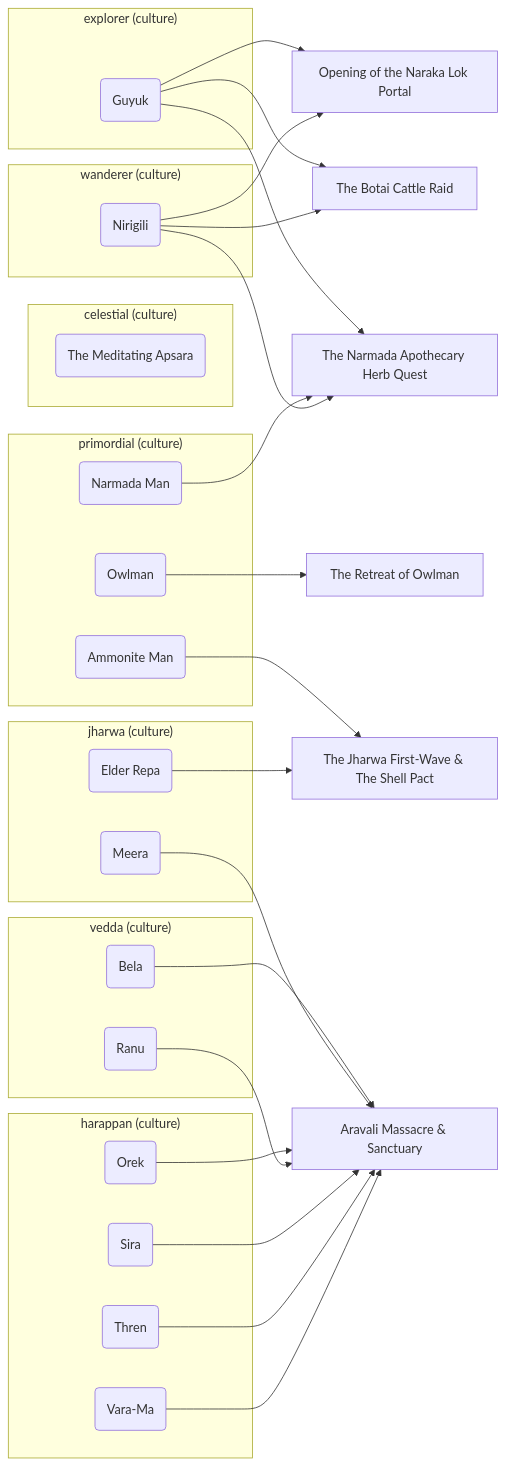
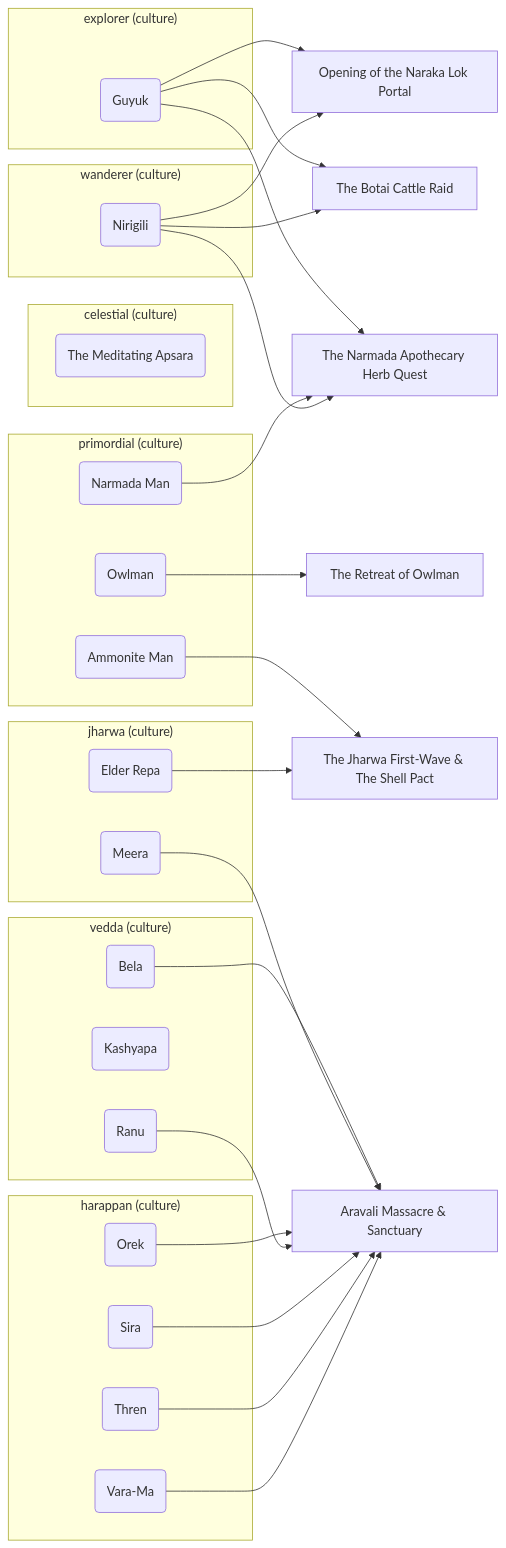
One commit to lordlebu/SouthOfTethys changed the third of 6 diagrams in docs/memory_map.md. Above: the diagram before and after it, drawn with Mermaid. The commit also changed other lines of this file and 141 other files, not shown here.

First line of the commit message:
Chart the Age of Machinery: the pre-Shattering map and its people

````diff
--- a/docs/memory_map.md
+++ b/docs/memory_map.md
@@ -114,54 +114,55 @@
 ```mermaid
 graph LR
   subgraph grp_celestial["celestial (culture)"]
     character_meditating_apsara("The Meditating Apsara")
   end
   subgraph grp_explorer["explorer (culture)"]
     character_guyuk("Guyuk")
   end
   subgraph grp_harappan["harappan (culture)"]
     character_orek("Orek")
     character_sira("Sira")
     character_thren("Thren")
     character_vara_ma("Vara-Ma")
   end
   subgraph grp_jharwa["jharwa (culture)"]
     character_jharwa_elder_repa("Elder Repa")
     character_meera("Meera")
   end
   subgraph grp_primordial["primordial (culture)"]
     character_ammonite_man("Ammonite Man")
     character_narmada_man("Narmada Man")
     character_owlman("Owlman")
   end
   subgraph grp_vedda["vedda (culture)"]
     character_bela("Bela")
+    character_kashyapa("Kashyapa")
     character_ranu("Ranu")
   end
   subgraph grp_wanderer["wanderer (culture)"]
     character_nirigili("Nirigili")
   end
   event_aravali_massacre["Aravali Massacre & Sanctuary"]
   event_botai_cattle_raid["The Botai Cattle Raid"]
   event_guyuk_narmada_apothecary_quest["The Narmada Apothecary Herb Quest"]
   event_jharwa_first_wave_shell_pact["The Jharwa First-Wave & The Shell Pact"]
   event_naraka_portal["Opening of the Naraka Lok Portal"]
   event_retreat_of_owlman["The Retreat of Owlman"]
   character_ammonite_man --> event_jharwa_first_wave_shell_pact
   character_bela --> event_aravali_massacre
   character_guyuk --> event_botai_cattle_raid
   character_guyuk --> event_guyuk_narmada_apothecary_quest
   character_guyuk --> event_naraka_portal
   character_jharwa_elder_repa --> event_jharwa_first_wave_shell_pact
   character_meera --> event_aravali_massacre
   character_narmada_man --> event_guyuk_narmada_apothecary_quest
   character_nirigili --> event_botai_cattle_raid
   character_nirigili --> event_guyuk_narmada_apothecary_quest
   character_nirigili --> event_naraka_portal
   character_orek --> event_aravali_massacre
   character_owlman --> event_retreat_of_owlman
   character_ranu --> event_aravali_massacre
   character_sira --> event_aravali_massacre
   character_thren --> event_aravali_massacre
   character_vara_ma --> event_aravali_massacre
 ```
````
